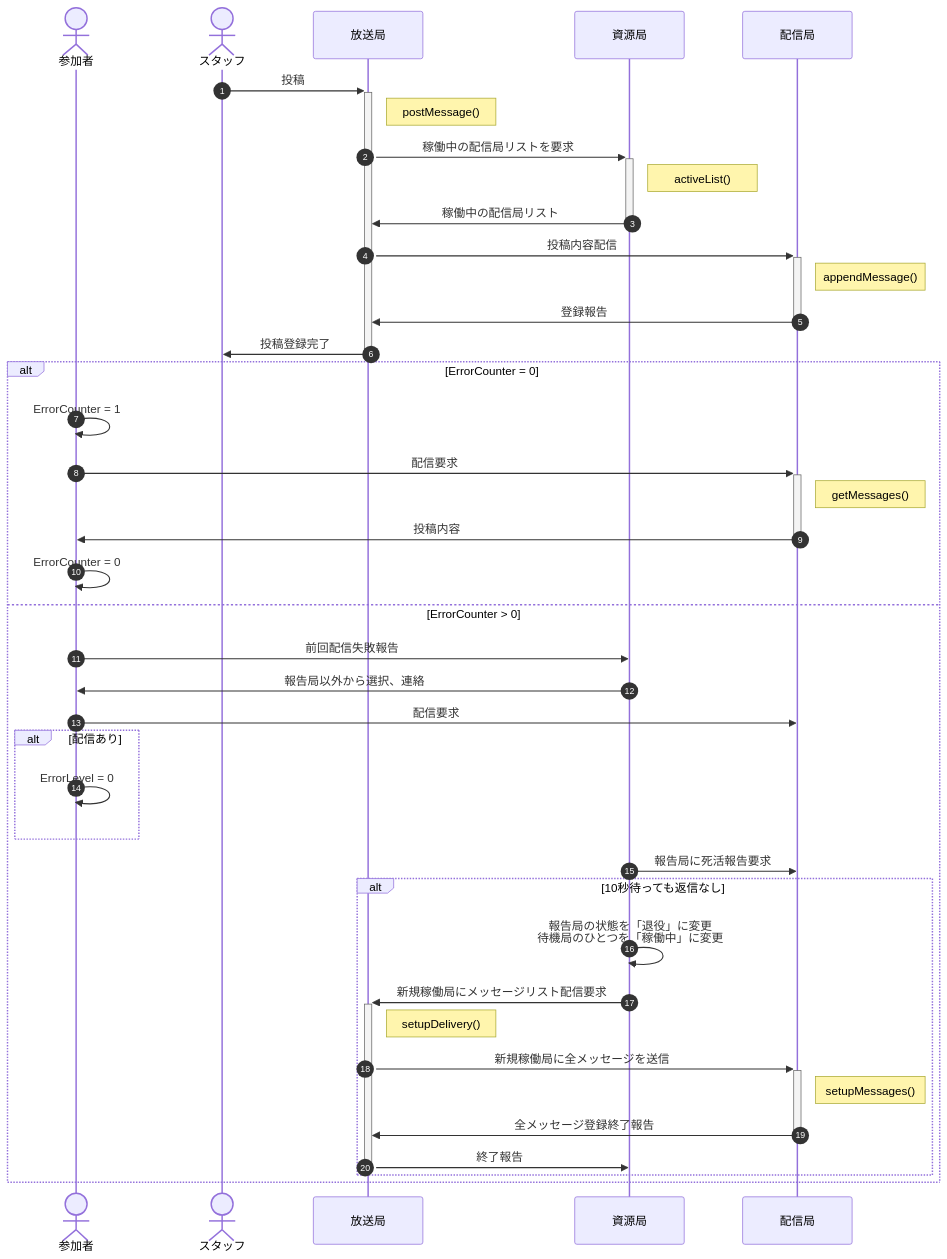
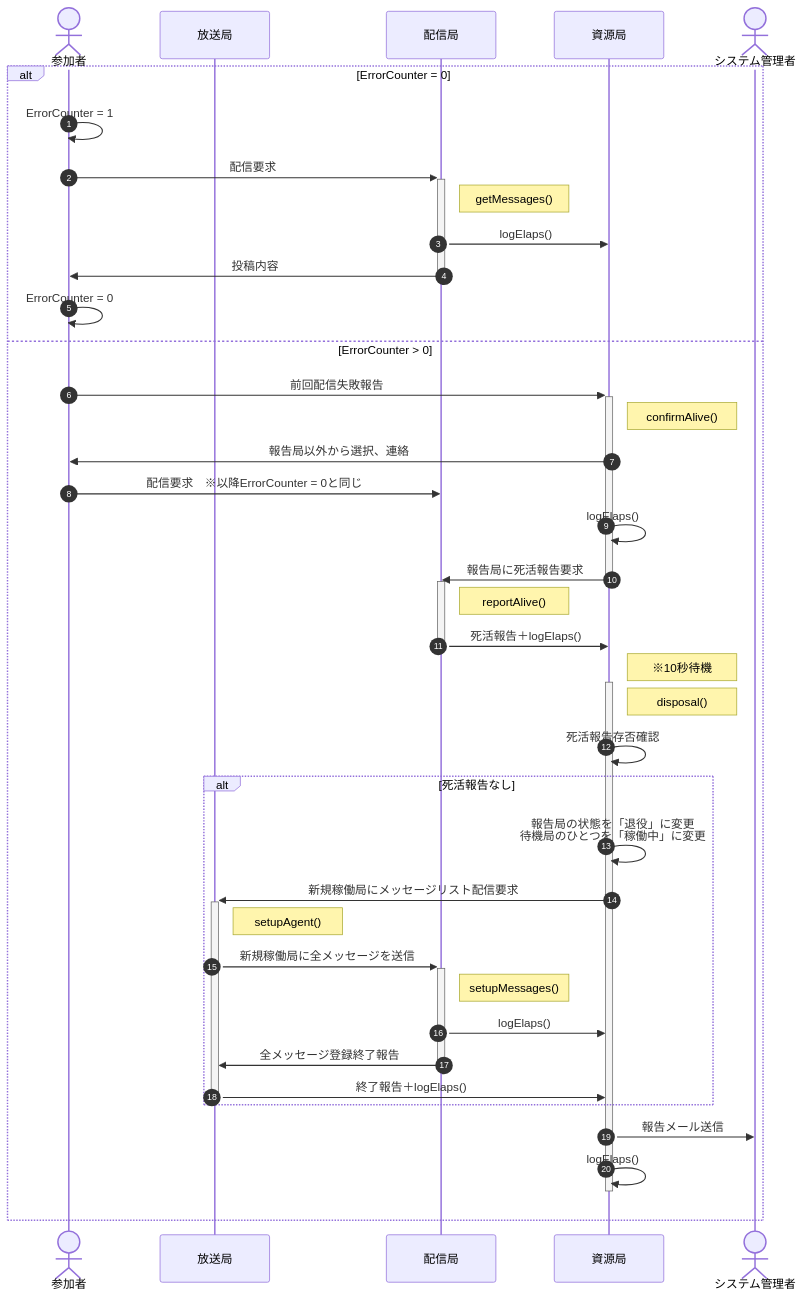
One commit to nakaone/EventStaff changed the sixth of 7 diagrams in doc/server.md. Above: the diagram before and after it, drawn with Mermaid. The commit also changed other lines of this file, not shown here.

Commit message:
定期配信のシーケンス

````diff
--- a/doc/server.md
+++ b/doc/server.md
@@ -229,46 +251,48 @@
 ```mermaid
 sequenceDiagram
   autonumber
   actor guest as 参加者
-  actor staff as スタッフ
   participant broad as 放送局
+  participant agent as 配信局
   participant agency as 資源局
-  participant delivery as 配信局
-
-  staff ->>+ broad : 投稿
-  Note right of broad : postMessage()
-  broad ->>+ agency : 稼働中の配信局リストを要求
-  Note right of agency : activeList()
-  agency ->>- broad : 稼働中の配信局リスト
-  broad ->>+ delivery : 投稿内容配信
-  Note right of delivery : appendMessage()
-  delivery ->>- broad : 登録報告
-  broad ->>- staff : 投稿登録完了
+  actor admin as システム管理者
 
   alt ErrorCounter = 0
     guest ->> guest : ErrorCounter = 1
-    guest ->>+ delivery : 配信要求
-    Note right of delivery : getMessages()
-    delivery ->>- guest : 投稿内容
+    guest ->>+ agent : 配信要求
+    Note right of agent : getMessages()
+    agent ->> agency : logElaps()
+    agent ->>- guest : 投稿内容
     guest ->> guest : ErrorCounter = 0
 
   else ErrorCounter > 0
-    guest ->> agency : 前回配信失敗報告
+    guest ->>+ agency : 前回配信失敗報告
+    Note right of agency : confirmAlive()
     agency ->> guest : 報告局以外から選択、連絡
-    guest ->> delivery : 配信要求
-    alt 配信あり
-      guest ->> guest : ErrorLevel = 0
-    end
+    guest ->> agent : 配信要求　※以降ErrorCounter = 0と同じ
 
-    agency ->> delivery : 報告局に死活報告要求
-    alt 10秒待っても返信なし
+    agency ->> agency : logElaps()
+    agency ->>- agent : 報告局に死活報告要求
+    activate agent
+    Note right of agent : reportAlive()
+    agent ->> agency : 死活報告＋logElaps()
+    deactivate agent
+    Note right of agency : ※10秒待機
+    activate agency
+    Note right of agency : disposal()
+    agency ->> agency : 死活報告存否確認
+    alt 死活報告なし
       agency ->> agency : 報告局の状態を「退役」に変更<br>待機局のひとつを「稼働中」に変更
       agency ->>+ broad : 新規稼働局にメッセージリスト配信要求
-      Note right of broad : setupDelivery()
-      broad ->>+ delivery : 新規稼働局に全メッセージを送信
-      Note right of delivery : setupMessages()
-      delivery ->>- broad : 全メッセージ登録終了報告
-      broad ->>- agency : 終了報告
+      Note right of broad : setupAgent()
+      broad ->>+ agent : 新規稼働局に全メッセージを送信
+      Note right of agent : setupMessages()
+      agent ->> agency : logElaps()
+      agent ->>- broad : 全メッセージ登録終了報告
+      broad ->>- agency : 終了報告＋logElaps()
     end
+    agency ->> admin : 報告メール送信
+    agency ->> agency : logElaps()
+    deactivate agency
   end
 ```
````
